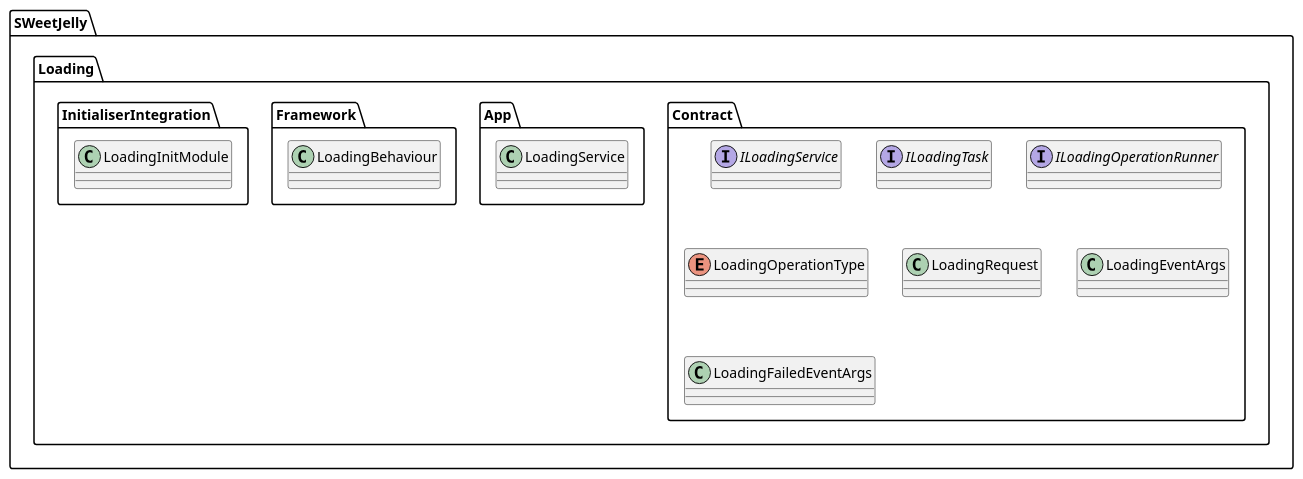
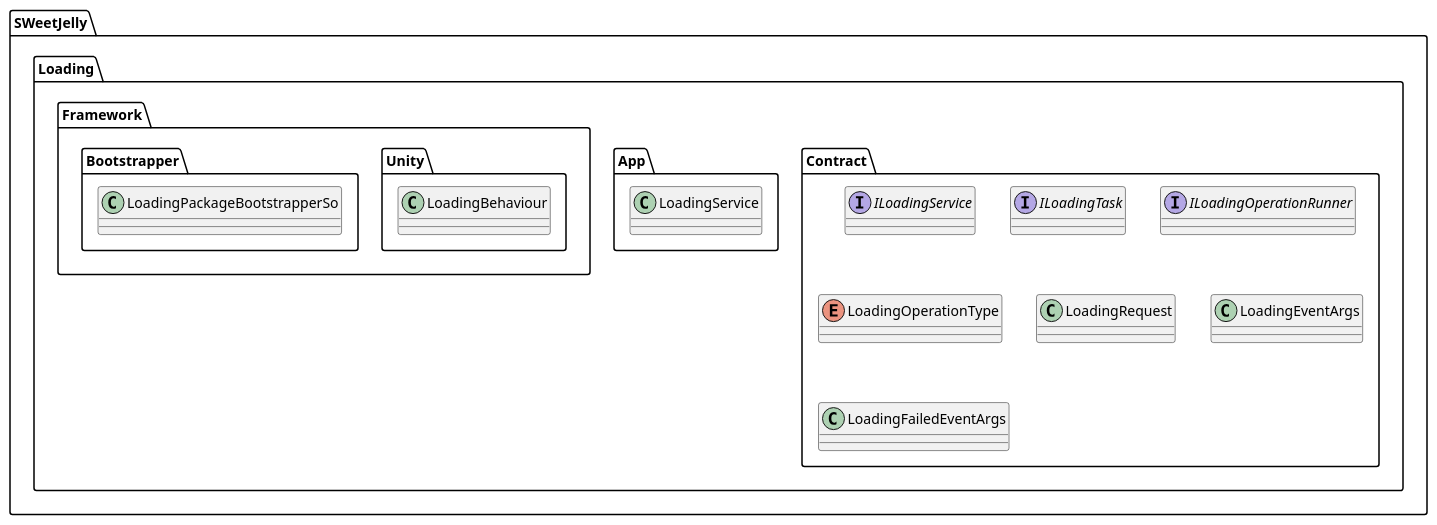
One commit to sweetjellystudio/sweetjelly-loading changed the diagram in README.ko.md. Above: the diagram before and after it, drawn with PlantUML. The commit also changed other lines of this file and 45 other files, not shown here.

````diff
--- a/README.ko.md
+++ b/README.ko.md
@@ -9,24 +9,24 @@
 ```plantuml
 package "SWeetJelly.Loading.Contract" {
   interface ILoadingService
   interface ILoadingTask
   interface ILoadingOperationRunner
   enum LoadingOperationType
   class LoadingRequest
 
   class LoadingEventArgs
   class LoadingFailedEventArgs
 }
 
 package "SWeetJelly.Loading.App" {
   class LoadingService
 }
 
-package "SWeetJelly.Loading.Framework" {
+package "SWeetJelly.Loading.Framework.Unity" {
   class LoadingBehaviour
 }
 
-package "SWeetJelly.Loading.InitialiserIntegration" {
-  class LoadingInitModule
+package "SWeetJelly.Loading.Framework.Bootstrapper" {
+  class LoadingPackageBootstrapperSo
 }
 ```
````
